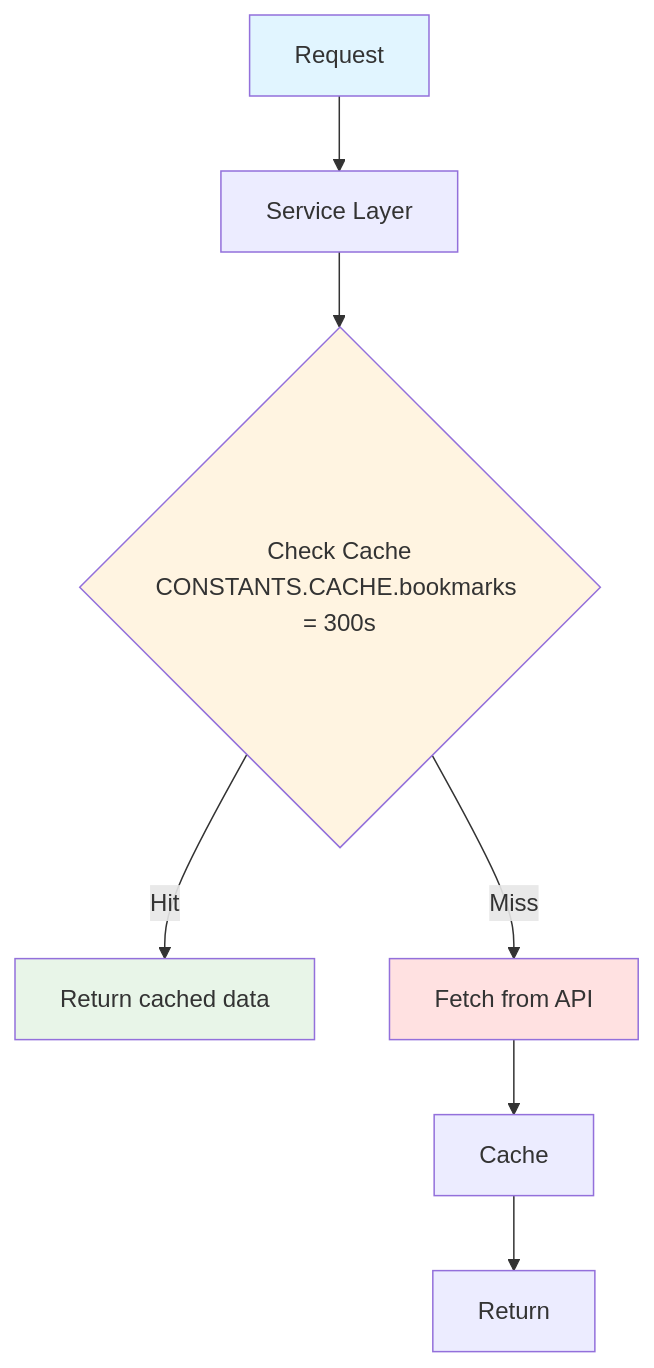
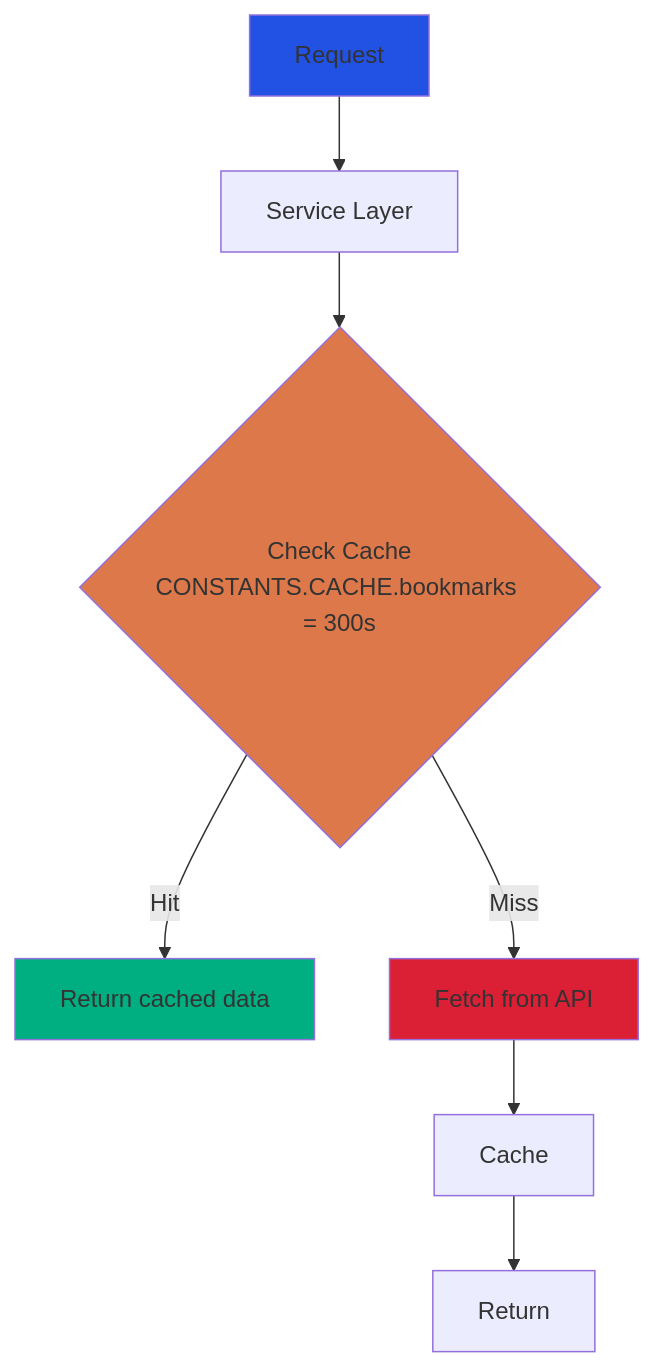
The ninth of 9 diagrams in ARCHITECTURE_DIAGRAMS.md (ikbenbas/mijnnaamisbas), drawn with Mermaid before and after one commit. The commit also changed other lines of this file, not shown here.

````diff
--- a/ARCHITECTURE_DIAGRAMS.md
+++ b/ARCHITECTURE_DIAGRAMS.md
@@ -328,14 +328,14 @@
 ```mermaid
 flowchart TD
     Request[Request] --> Service[Service Layer]
     Service --> CheckCache{Check Cache<br/>CONSTANTS.CACHE.bookmarks = 300s}
     CheckCache -->|Hit| ReturnCached[Return cached data]
     CheckCache -->|Miss| FetchAPI[Fetch from API]
     FetchAPI --> Cache[Cache]
     Cache --> Return[Return]
 
-    style Request fill:#e1f5ff
-    style CheckCache fill:#fff4e1
-    style ReturnCached fill:#e8f5e8
-    style FetchAPI fill:#ffe1e1
+    style Request fill:#2252e4
+    style CheckCache fill:#dd784b
+    style ReturnCached fill:#00af81
+    style FetchAPI fill:#db1f35
 ```
````
